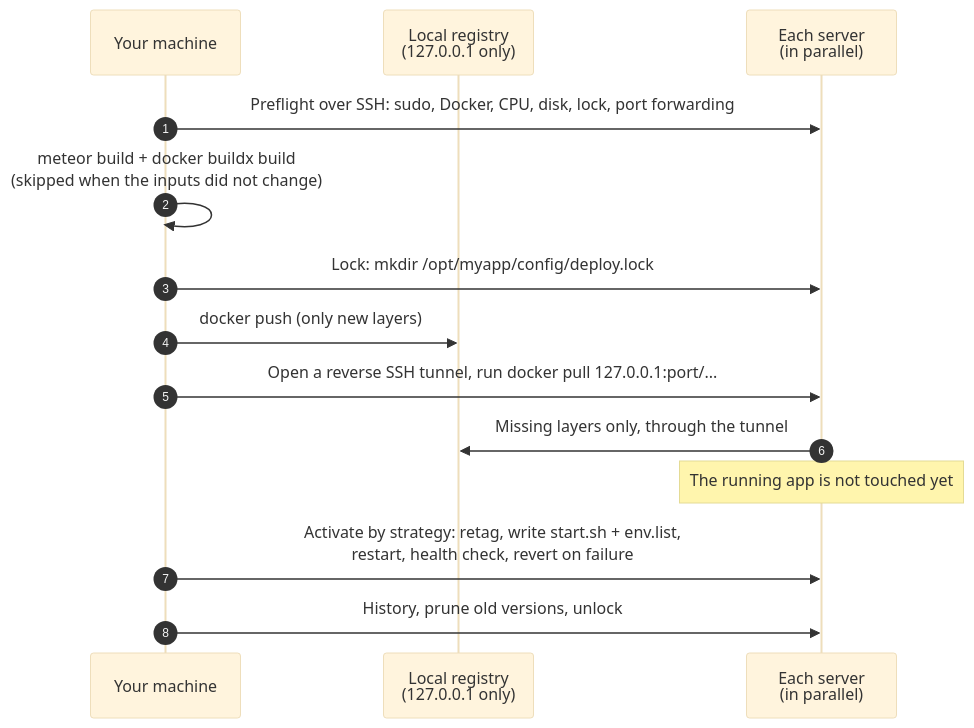
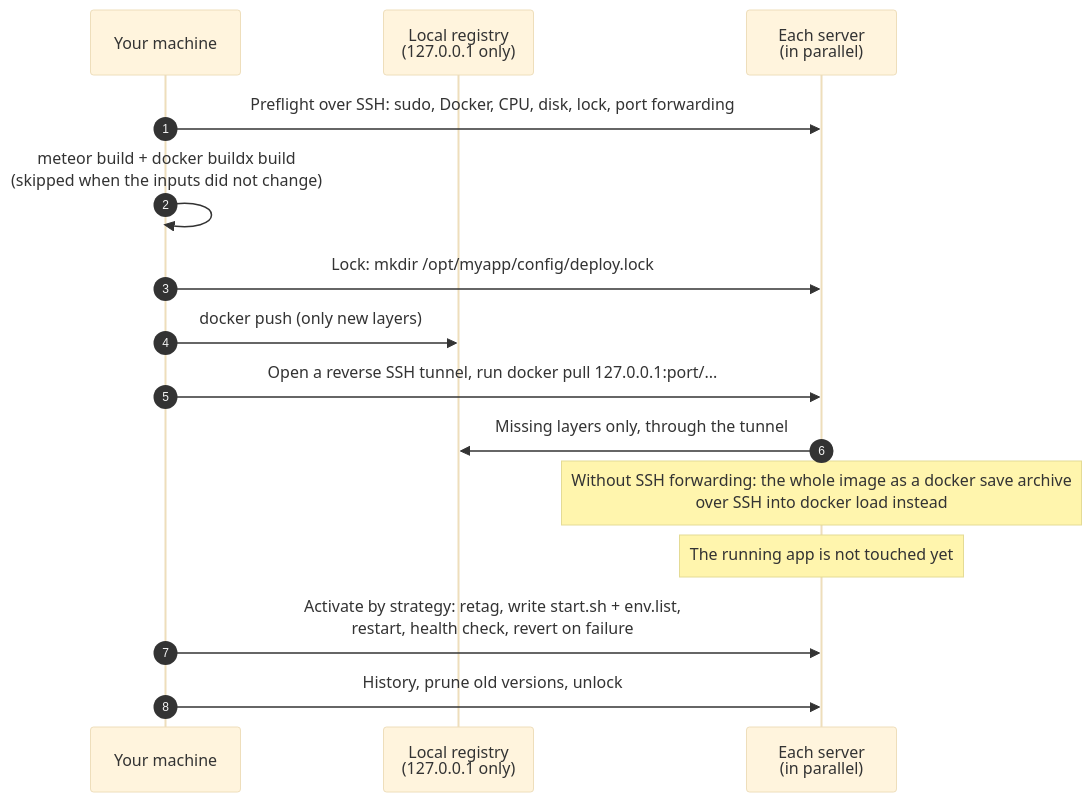
Before and after one commit to mfeuermann/meteor-deploy: the first of 2 diagrams in docs/how-it-works.md, drawn with Mermaid (base theme). The commit also changed other lines of this file and 6 other files, not shown here.

````diff
--- a/docs/how-it-works.md
+++ b/docs/how-it-works.md
@@ -28,16 +28,17 @@
 ```mermaid
 sequenceDiagram
     autonumber
     participant L as Your machine
     participant R as Local registry<br/>(127.0.0.1 only)
     participant S as Each server<br/>(in parallel)
     L->>S: Preflight over SSH: sudo, Docker, CPU, disk, lock, port forwarding
     L->>L: meteor build + docker buildx build<br/>(skipped when the inputs did not change)
     L->>S: Lock: mkdir /opt/myapp/config/deploy.lock
     L->>R: docker push (only new layers)
     L->>S: Open a reverse SSH tunnel, run docker pull 127.0.0.1:port/...
     S->>R: Missing layers only, through the tunnel
+    Note over S: Without SSH forwarding: the whole image as a docker save archive<br/>over SSH into docker load instead
     Note over S: The running app is not touched yet
     L->>S: Activate by strategy: retag, write start.sh + env.list,<br/>restart, health check, revert on failure
     L->>S: History, prune old versions, unlock
 ```
````
